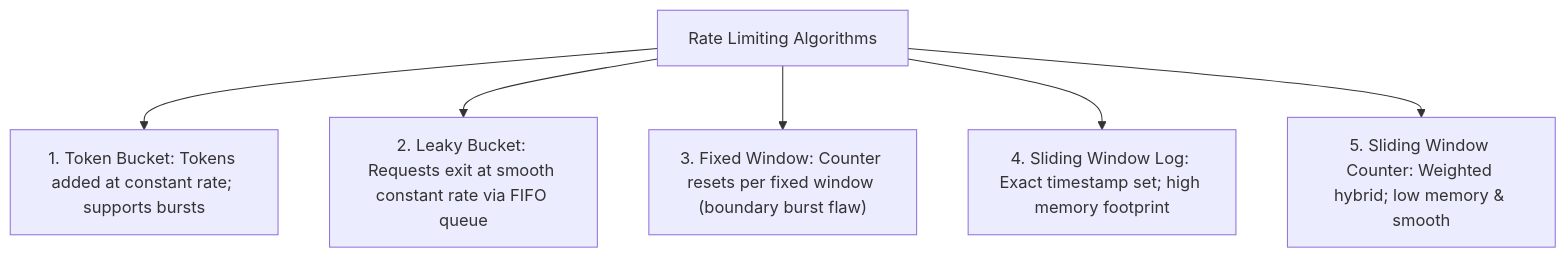
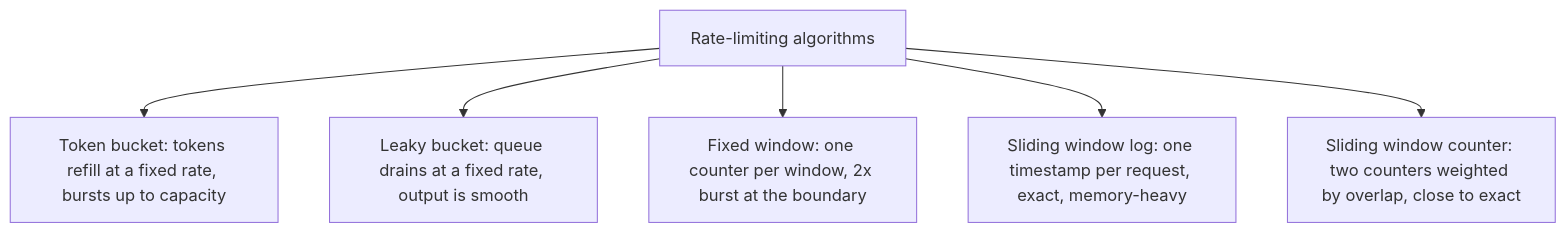
Before and after one commit to TheLearningHubOrg/learn-system-design: diagram 18 of 42 in README.md, drawn with Mermaid. The commit also changed other lines of this file and 37 other files, not shown here.

````diff
--- a/README.md
+++ b/README.md
@@ -333,8 +1430,8 @@
 ```mermaid
 flowchart TD
-    RL["Rate Limiting Algorithms"] --> TB["1. Token Bucket: Tokens added at constant rate; supports bursts"]
-    RL --> LB["2. Leaky Bucket: Requests exit at smooth constant rate via FIFO queue"]
-    RL --> FW["3. Fixed Window: Counter resets per fixed window (boundary burst flaw)"]
-    RL --> SWL["4. Sliding Window Log: Exact timestamp set; high memory footprint"]
-    RL --> SWC["5. Sliding Window Counter: Weighted hybrid; low memory & smooth"]
+    RL["Rate-limiting algorithms"] --> TB["Token bucket: tokens refill at a fixed rate, bursts up to capacity"]
+    RL --> LB["Leaky bucket: queue drains at a fixed rate, output is smooth"]
+    RL --> FW["Fixed window: one counter per window, 2x burst at the boundary"]
+    RL --> SWL["Sliding window log: one timestamp per request, exact, memory-heavy"]
+    RL --> SWC["Sliding window counter: two counters weighted by overlap, close to exact"]
 ```
````
